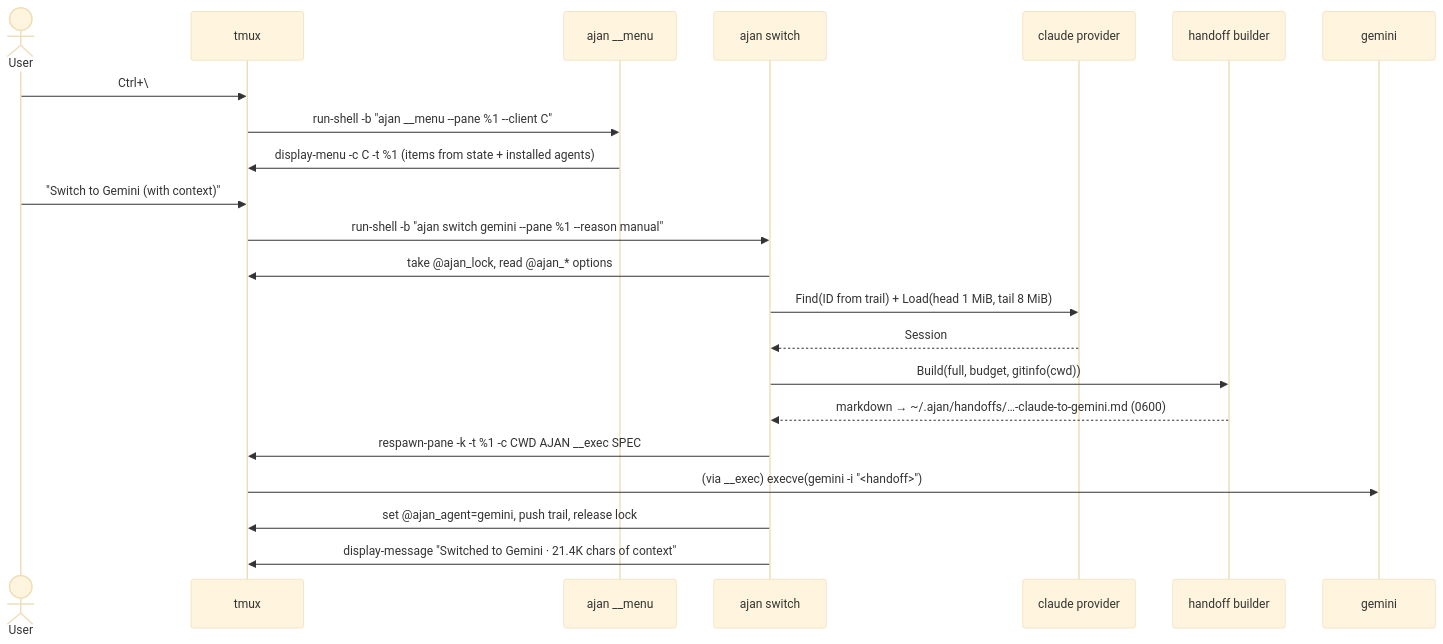
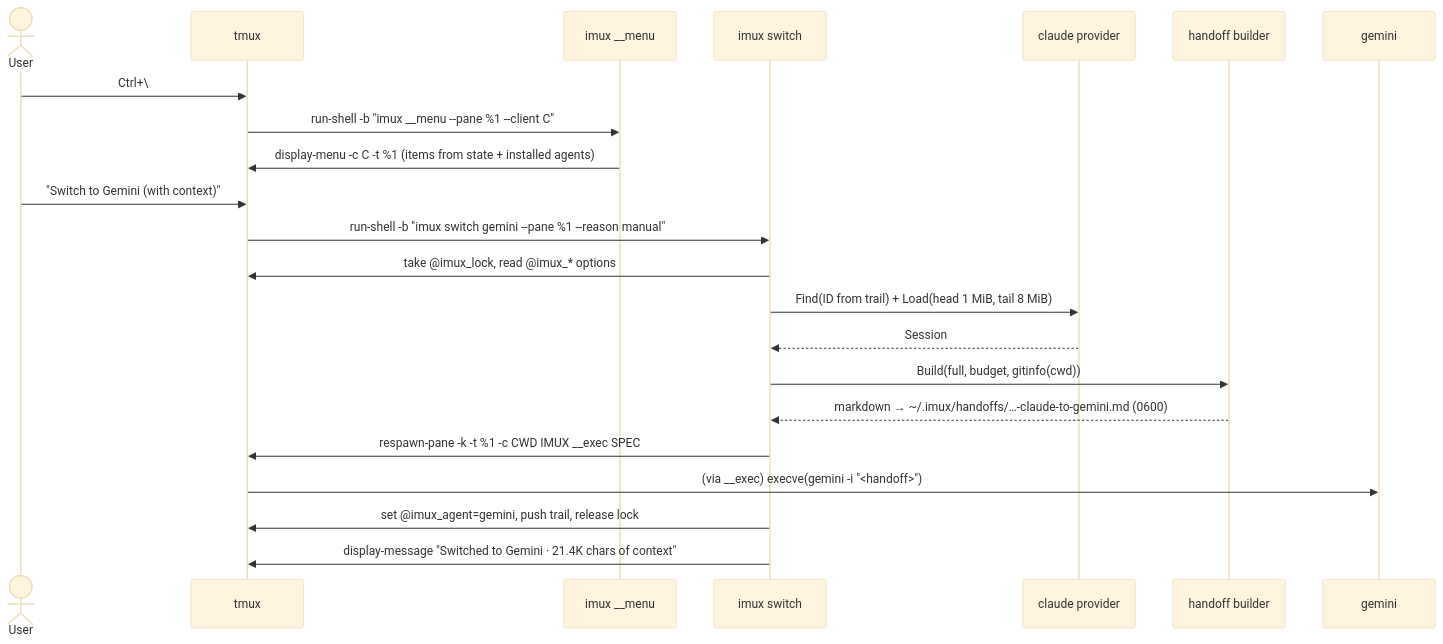
One commit to hamzayogurtcuoglu/i-mux changed the third of 9 diagrams in ARCHITECTURE.md. Above: the diagram before and after it, drawn with Mermaid (base theme). The commit also changed other lines of this file and 130 other files, not shown here.

First line of the commit message:
Rename ajan to i-mux (command imux)

````diff
--- a/ARCHITECTURE.md
+++ b/ARCHITECTURE.md
@@ -1050,24 +1050,24 @@
 ```mermaid
 sequenceDiagram
   actor U as User
   participant T as tmux
-  participant M as ajan __menu
-  participant S as ajan switch
+  participant M as imux __menu
+  participant S as imux switch
   participant P as claude provider
   participant H as handoff builder
   participant G as gemini
   U->>T: Ctrl+\
-  T->>M: run-shell -b "ajan __menu --pane %1 --client C"
+  T->>M: run-shell -b "imux __menu --pane %1 --client C"
   M->>T: display-menu -c C -t %1 (items from state + installed agents)
   U->>T: "Switch to Gemini (with context)"
-  T->>S: run-shell -b "ajan switch gemini --pane %1 --reason manual"
-  S->>T: take @ajan_lock, read @ajan_* options
+  T->>S: run-shell -b "imux switch gemini --pane %1 --reason manual"
+  S->>T: take @imux_lock, read @imux_* options
   S->>P: Find(ID from trail) + Load(head 1 MiB, tail 8 MiB)
   P-->>S: Session
   S->>H: Build(full, budget, gitinfo(cwd))
-  H-->>S: markdown → ~/.ajan/handoffs/…-claude-to-gemini.md (0600)
-  S->>T: respawn-pane -k -t %1 -c CWD AJAN __exec SPEC
+  H-->>S: markdown → ~/.imux/handoffs/…-claude-to-gemini.md (0600)
+  S->>T: respawn-pane -k -t %1 -c CWD IMUX __exec SPEC
   T->>G: (via __exec) execve(gemini -i "<handoff>")
-  S->>T: set @ajan_agent=gemini, push trail, release lock
+  S->>T: set @imux_agent=gemini, push trail, release lock
   S->>T: display-message "Switched to Gemini · 21.4K chars of context"
 ```
````
